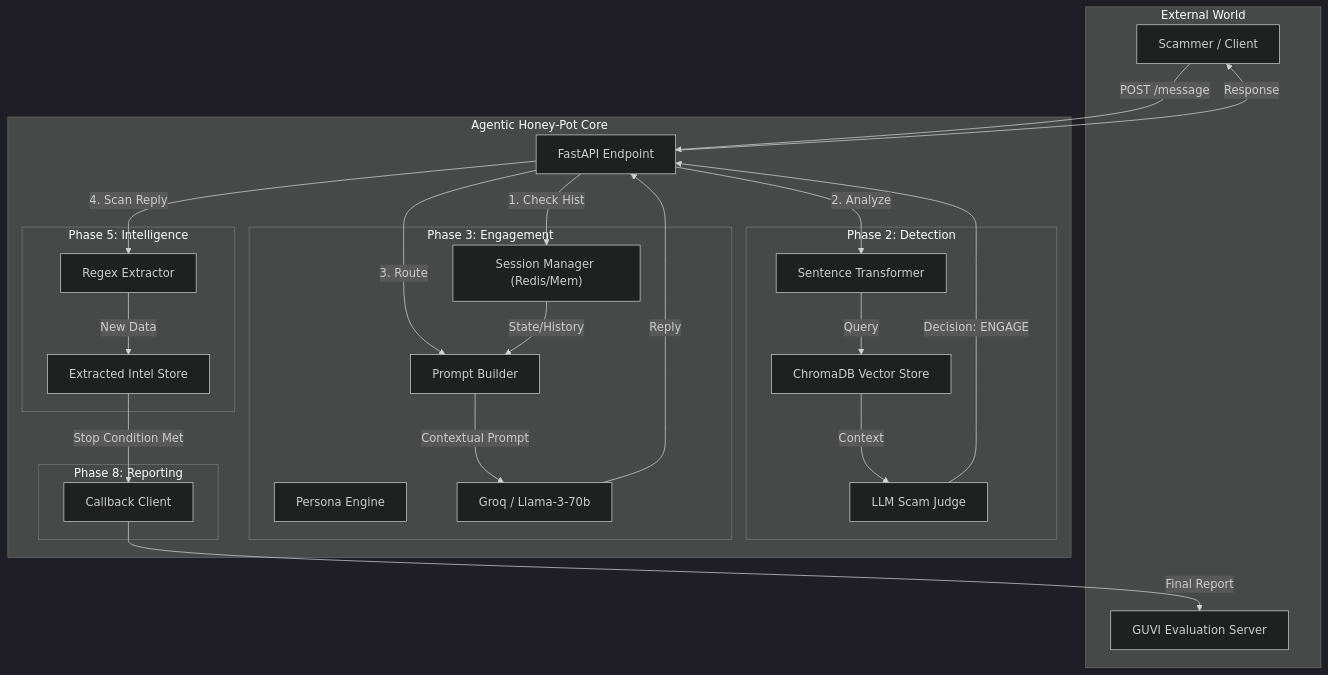
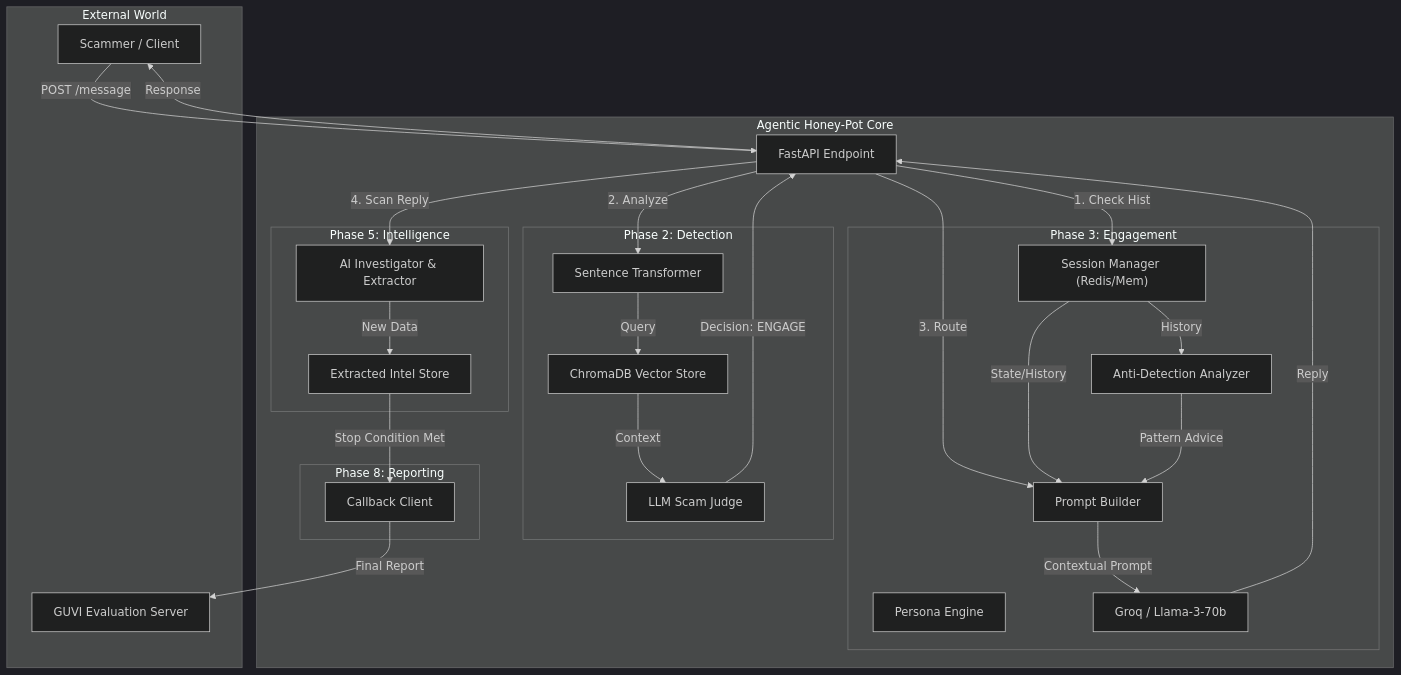
Before and after one commit to YASHWANTH-SVNIT/Agentic-Honey-POT: the first of 2 diagrams in README.md, drawn with Mermaid (dark theme). The commit also changed other lines of this file and 68 other files, not shown here.

````diff
--- a/README.md
+++ b/README.md
@@ -39,55 +39,60 @@
 ```mermaid
 graph TB
     subgraph "External World"
         Scammer[Scammer / Client]
         GUVI[GUVI Evaluation Server]
     end
 
     subgraph "Agentic Honey-Pot Core"
         API[FastAPI Endpoint]
         
         subgraph "Phase 2: Detection"
             RAG[ChromaDB Vector Store]
             SentBERT[Sentence Transformer]
             Judge[LLM Scam Judge]
         end
         
     subgraph "Phase 3: Engagement"
             Session["Session Manager (Redis/Mem)"]
             Prompt["Prompt Builder"]
+            AntiDetect["Anti-Detection Analyzer"]
             Persona["Persona Engine"]
             LLM["Groq / Llama-3-70b"]
         end
         
         subgraph "Phase 5: Intelligence"
-            Regex["Regex Extractor"]
+            Investigator["AI Investigator & Extractor"]
             IntelDB["Extracted Intel Store"]
         end
         
         subgraph "Phase 8: Reporting"
             Callback["Callback Client"]
         end
     end
 
     Scammer -->|POST /message| API
     API -->|1. Check Hist| Session
     
     API -->|2. Analyze| SentBERT
     SentBERT -->|Query| RAG
     RAG -->|Context| Judge
     
     Judge -->|Decision: ENGAGE| API
     
     API -->|3. Route| Prompt
     Session -->|State/History| Prompt
+    
+    Session -->|History| AntiDetect
+    AntiDetect -->|Pattern Advice| Prompt
+    
     Prompt -->|Contextual Prompt| LLM
     LLM -->|Reply| API
     
-    API -->|4. Scan Reply| Regex
-    Regex -->|New Data| IntelDB
+    API -->|4. Scan Reply| Investigator
+    Investigator -->|New Data| IntelDB
     
     IntelDB -->|Stop Condition Met| Callback
     Callback -->|Final Report| GUVI
     
     API -->|Response| Scammer
 ```
````
